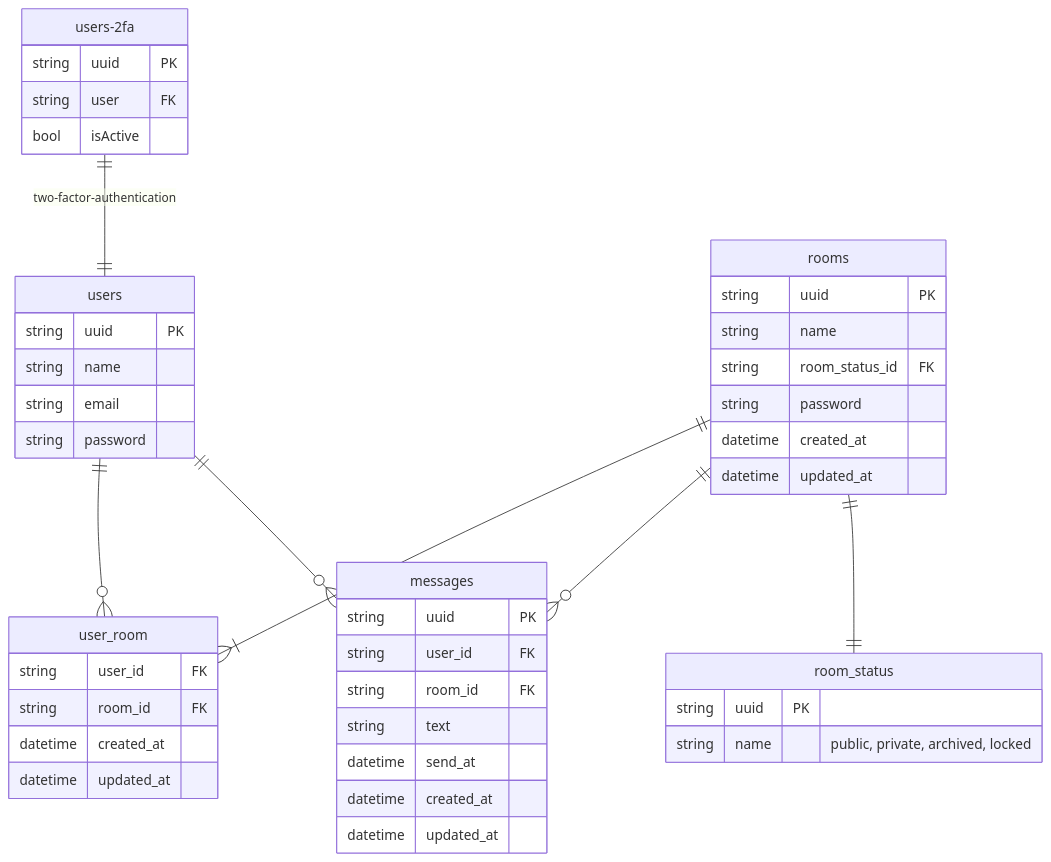
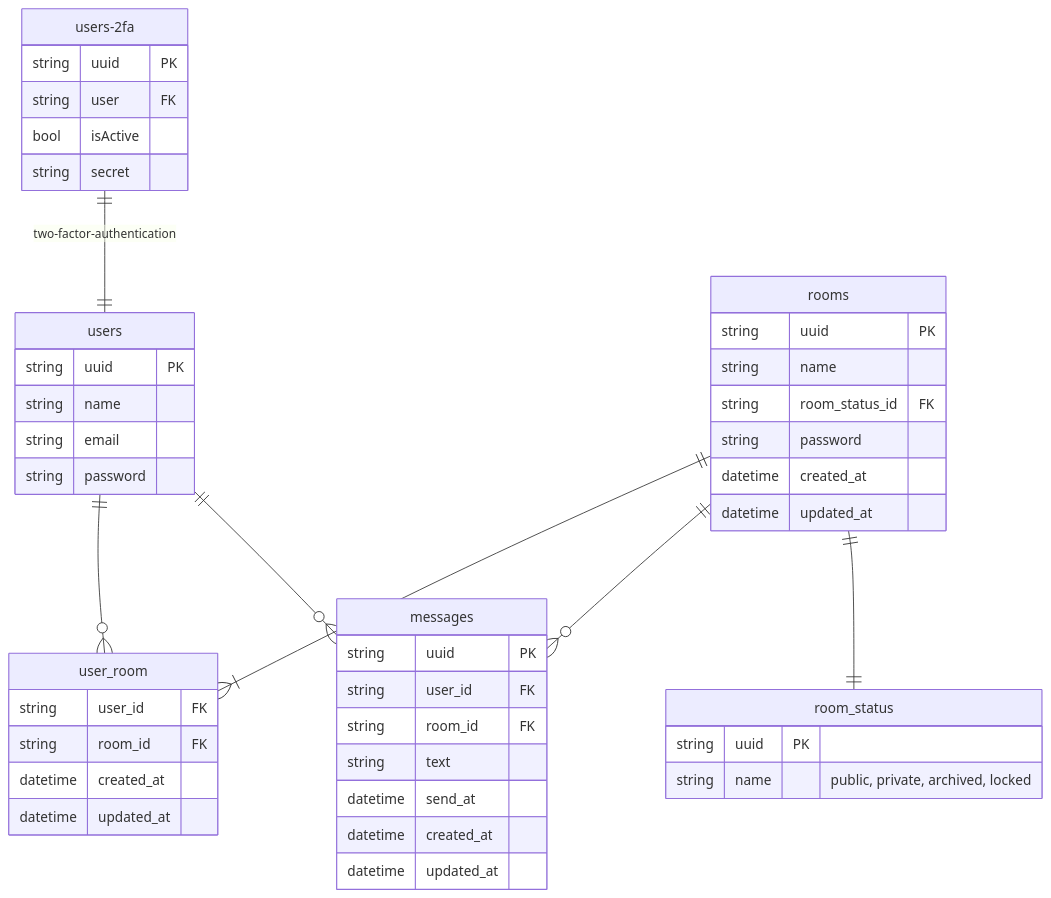
The diagram in doc/er/pong_tables.md (ShotaTanemura/ft_transcendence), drawn with Mermaid before and after one commit. The commit also changed 2 other files, not shown here.

Commit message:
Add support for TOTP registration and URI generation in API

````diff
--- a/doc/er/pong_tables.md
+++ b/doc/er/pong_tables.md
@@ -3,55 +3,56 @@
 ```mermaid
 erDiagram
 
 users {
     string uuid PK
     string name
     string email
     string password
 }
 
 users-2fa {
     string uuid PK
     string user FK
     bool isActive
+    string secret
 }
 
 rooms {
     string uuid PK
     string name
     string room_status_id FK
     string password
     datetime created_at
     datetime updated_at
 }
 
 room_status {
     string uuid PK
     string name "public, private, archived, locked"
 }
 
 user_room {
     string user_id FK
     string room_id FK
     datetime created_at
     datetime updated_at
 }
 
 messages {
     string uuid PK
     string user_id FK
     string room_id FK
     string text
     datetime send_at
     datetime created_at
     datetime updated_at
 }
 
 users ||--o{ user_room : ""
 users-2fa ||--|| users : two-factor-authentication
 rooms ||--|{ user_room : ""
 rooms ||--o{ messages : ""
 users ||--o{ messages : ""
 rooms ||--|| room_status : ""
 
 ```
````
